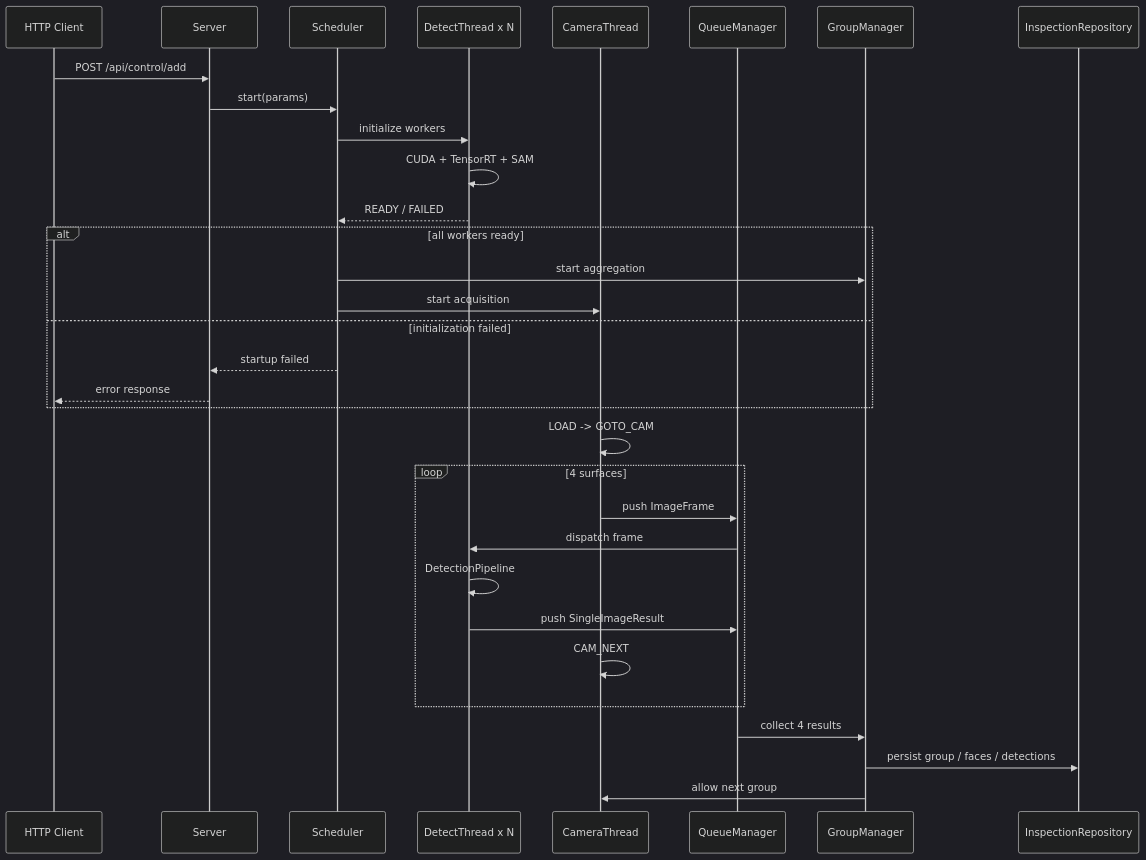
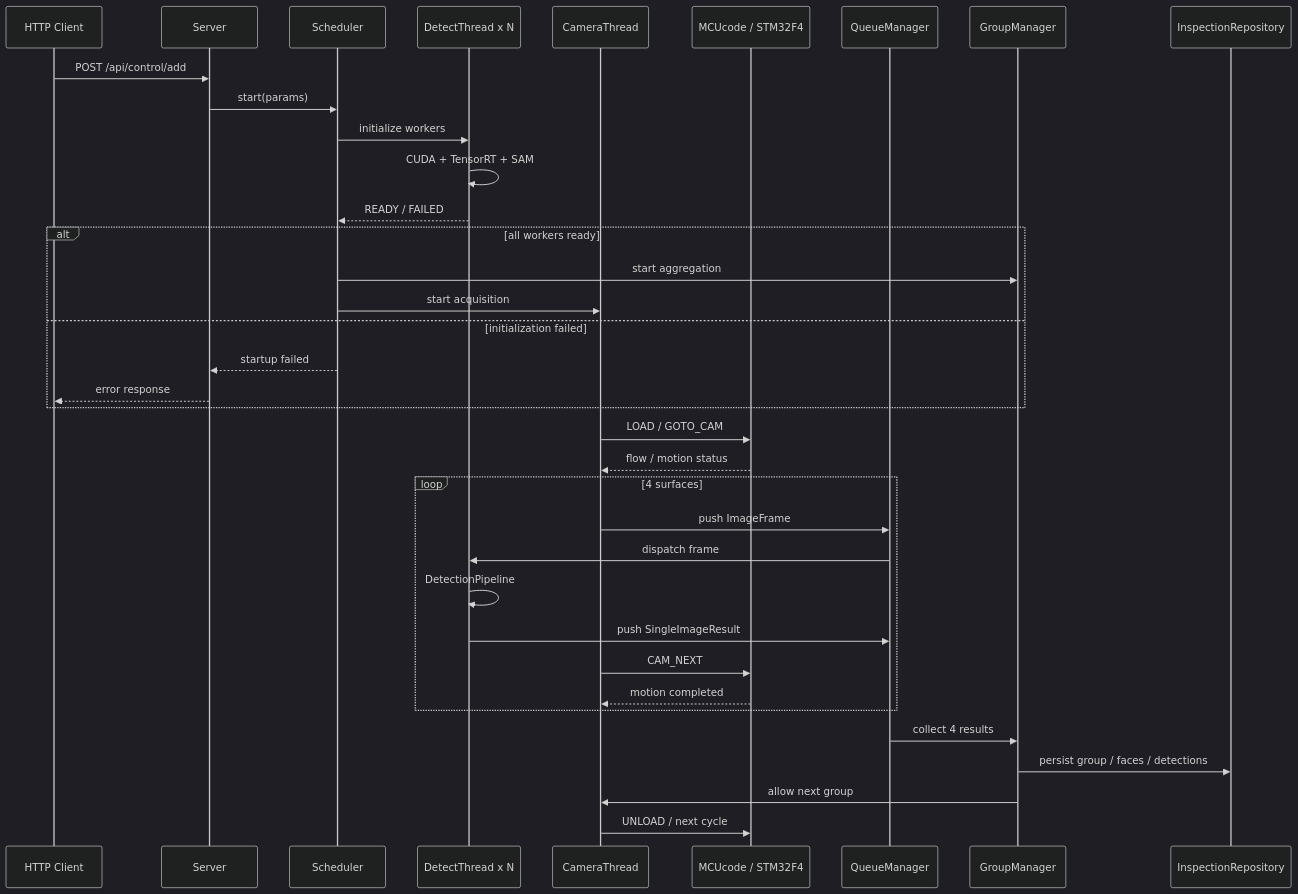
Before and after one commit to CoisiniYv/cylinder-detection: the second of 2 diagrams in README.md, drawn with Mermaid (dark theme). The commit also changed other lines of this file, not shown here.

Commit message:
Document MCUcode system integration

````diff
--- a/README.md
+++ b/README.md
@@ -90,40 +132,44 @@
 ```mermaid
 sequenceDiagram
     participant C as HTTP Client
     participant S as Server
     participant SCH as Scheduler
     participant D as DetectThread x N
     participant CAM as CameraThread
+    participant MCU as MCUcode / STM32F4
     participant Q as QueueManager
     participant G as GroupManager
     participant DB as InspectionRepository
 
     C->>S: POST /api/control/add
     S->>SCH: start(params)
 
     SCH->>D: initialize workers
     D->>D: CUDA + TensorRT + SAM
     D-->>SCH: READY / FAILED
 
     alt all workers ready
         SCH->>G: start aggregation
         SCH->>CAM: start acquisition
     else initialization failed
         SCH-->>S: startup failed
         S-->>C: error response
     end
 
-    CAM->>CAM: LOAD -> GOTO_CAM
+    CAM->>MCU: LOAD / GOTO_CAM
+    MCU-->>CAM: flow / motion status
 
     loop 4 surfaces
         CAM->>Q: push ImageFrame
         Q->>D: dispatch frame
         D->>D: DetectionPipeline
         D->>Q: push SingleImageResult
-        CAM->>CAM: CAM_NEXT
+        CAM->>MCU: CAM_NEXT
+        MCU-->>CAM: motion completed
     end
 
     Q->>G: collect 4 results
     G->>DB: persist group / faces / detections
     G->>CAM: allow next group
+    CAM->>MCU: UNLOAD / next cycle
 ```
````
